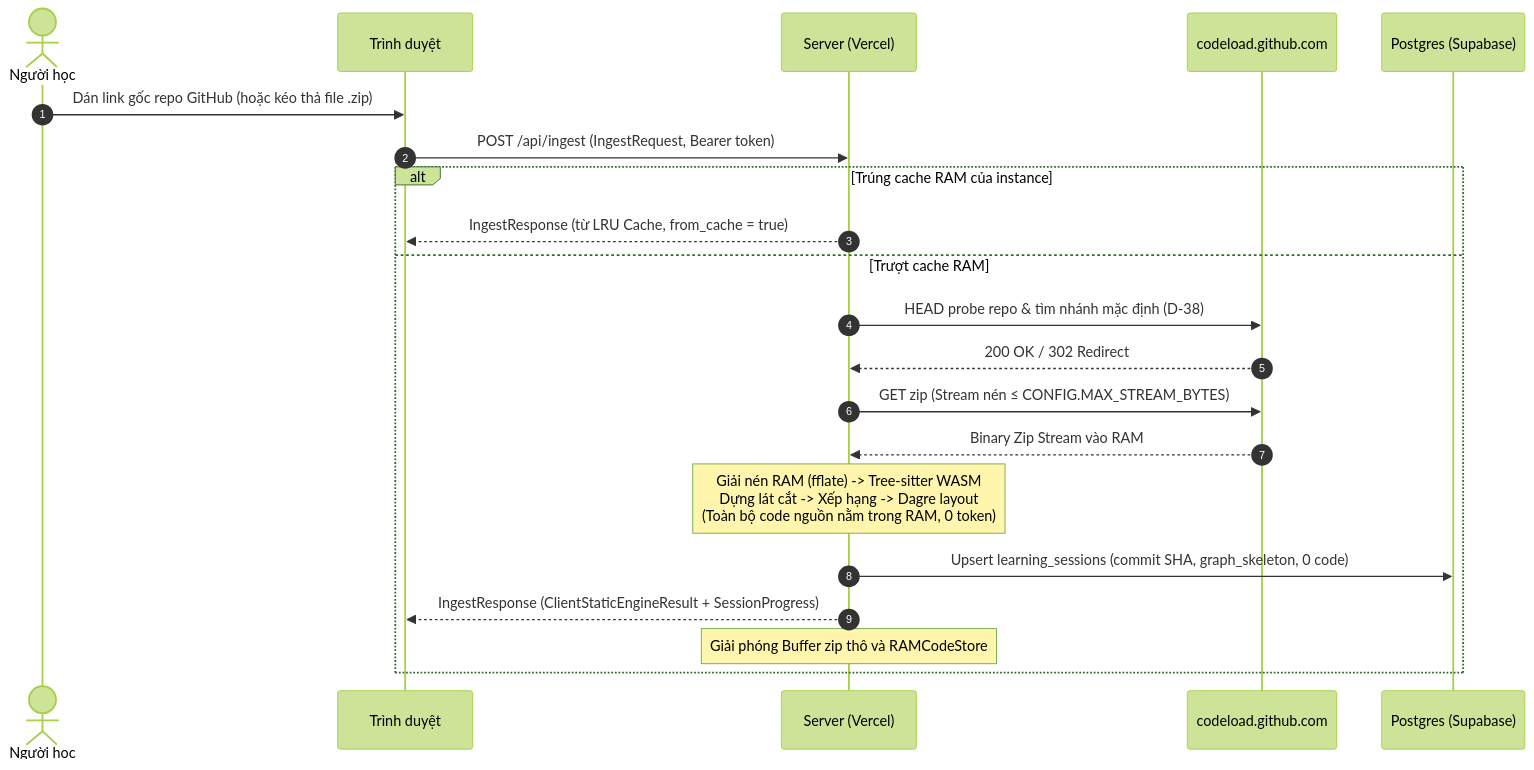
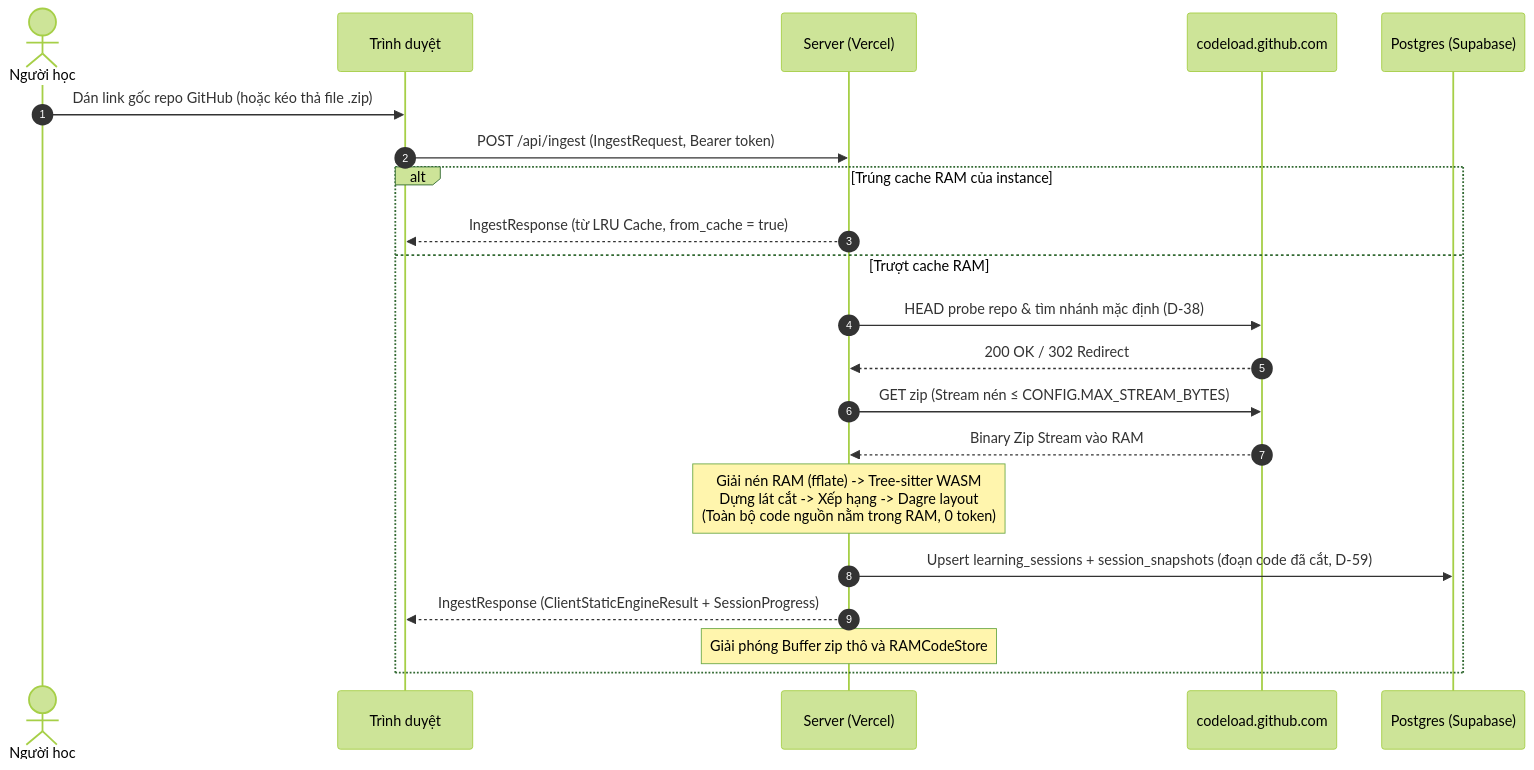
Before and after one commit to huynhthanhnhannnh-pixel/Hackathon_SGU: the fourth of 6 diagrams in spec/04_KIEN_TRUC_TRIEN_KHAI.md, drawn with Mermaid (forest theme). The commit also changed other lines of this file and 11 other files, not shown here.

First line of the commit message:
docs(spec): D-55..D-60 — bố cục điểm bắt đầu, nối node thuật toán, mobile, main mọi ngôn ngữ, lưu đoạn code đã cắt, đổi tên MASTERED_MIN

````diff
--- a/spec/04_KIEN_TRUC_TRIEN_KHAI.md
+++ b/spec/04_KIEN_TRUC_TRIEN_KHAI.md
@@ -133,24 +133,24 @@
 ```mermaid
 sequenceDiagram
     autonumber
     actor U as Người học
     participant FE as Trình duyệt
     participant BE as Server (Vercel)
     participant GH as codeload.github.com
     participant DB as Postgres (Supabase)
 
     U->>FE: Dán link gốc repo GitHub (hoặc kéo thả file .zip)
     FE->>BE: POST /api/ingest (IngestRequest, Bearer token)
     alt Trúng cache RAM của instance
         BE-->>FE: IngestResponse (từ LRU Cache, from_cache = true)
     else Trượt cache RAM
         BE->>GH: HEAD probe repo & tìm nhánh mặc định (D-38)
         GH-->>BE: 200 OK / 302 Redirect
         BE->>GH: GET zip (Stream nén ≤ CONFIG.MAX_STREAM_BYTES)
         GH-->>BE: Binary Zip Stream vào RAM
         Note over BE: Giải nén RAM (fflate) -> Tree-sitter WASM<br/>Dựng lát cắt -> Xếp hạng -> Dagre layout<br/>(Toàn bộ code nguồn nằm trong RAM, 0 token)
-        BE->>DB: Upsert learning_sessions (commit SHA, graph_skeleton, 0 code)
+        BE->>DB: Upsert learning_sessions + session_snapshots (đoạn code đã cắt, D-59)
         BE-->>FE: IngestResponse (ClientStaticEngineResult + SessionProgress)
         Note over BE: Giải phóng Buffer zip thô và RAMCodeStore
     end
 ```
````
